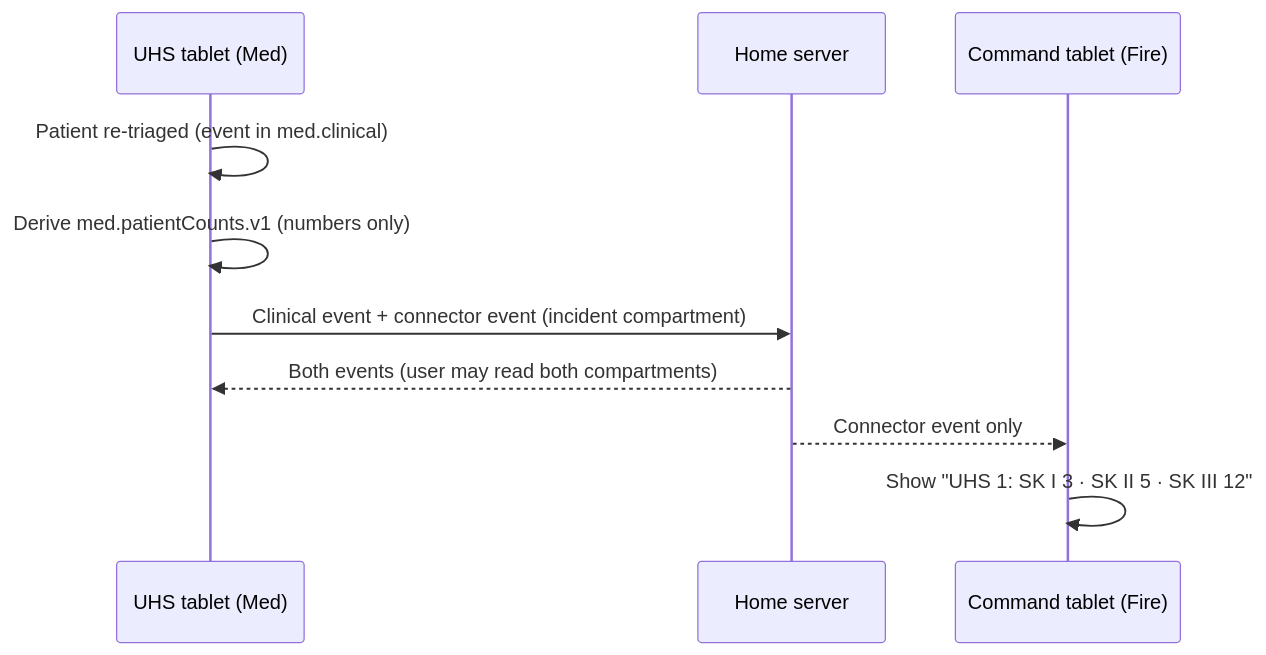
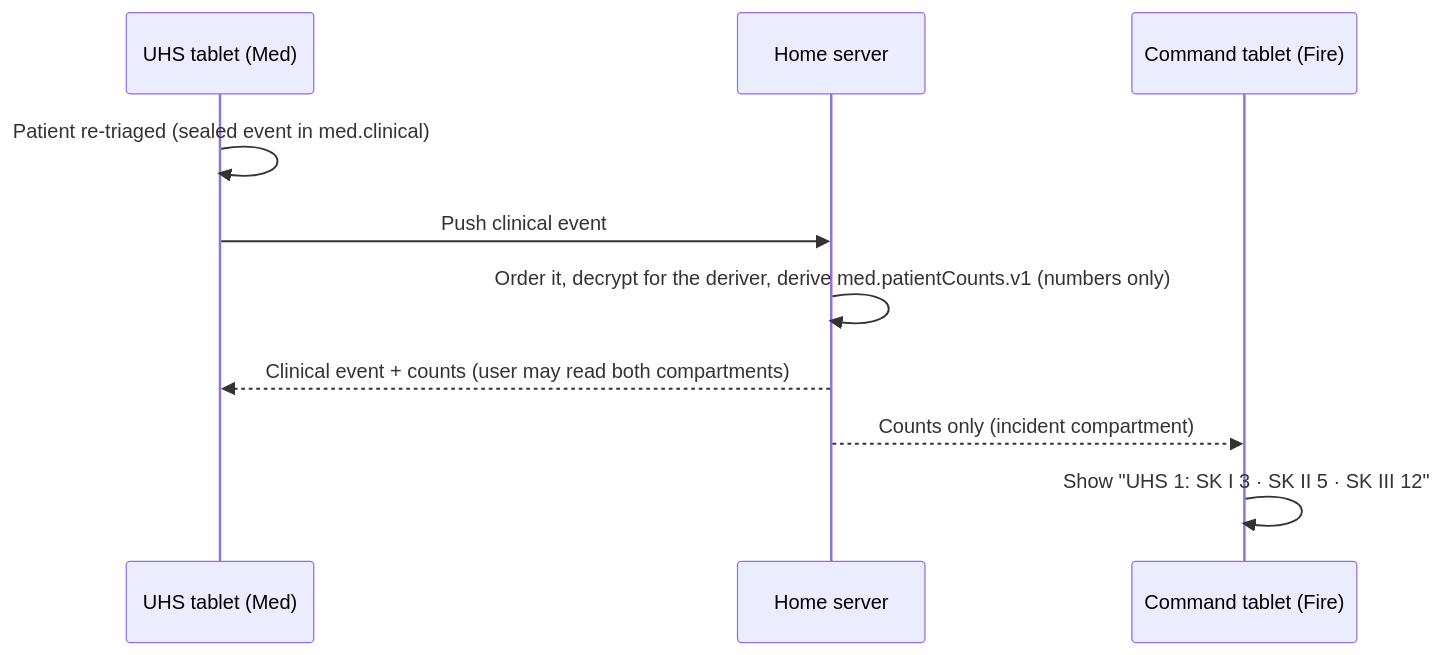
The second of 3 diagrams in docs/architecture/06-runtime-view.md (PfurtschellerP/ordo), drawn with Mermaid before and after one commit. The commit also changed other lines of this file and 38 other files, not shown here.

First line of the commit message:
Add sync prototype: compartments, sealed payloads, modules, connectors

````diff
--- a/docs/architecture/06-runtime-view.md
+++ b/docs/architecture/06-runtime-view.md
@@ -31,13 +31,13 @@
 ```mermaid
 sequenceDiagram
   participant UHS as UHS tablet (Med)
   participant Server as Home server
   participant Cmd as Command tablet (Fire)
 
-  UHS->>UHS: Patient re-triaged (event in med.clinical)
-  UHS->>UHS: Derive med.patientCounts.v1 (numbers only)
-  UHS->>Server: Clinical event + connector event (incident compartment)
-  Server-->>UHS: Both events (user may read both compartments)
-  Server-->>Cmd: Connector event only
+  UHS->>UHS: Patient re-triaged (sealed event in med.clinical)
+  UHS->>Server: Push clinical event
+  Server->>Server: Order it, decrypt for the deriver, derive med.patientCounts.v1 (numbers only)
+  Server-->>UHS: Clinical event + counts (user may read both compartments)
+  Server-->>Cmd: Counts only (incident compartment)
   Cmd->>Cmd: Show "UHS 1: SK I 3 · SK II 5 · SK III 12"
 ```
````
